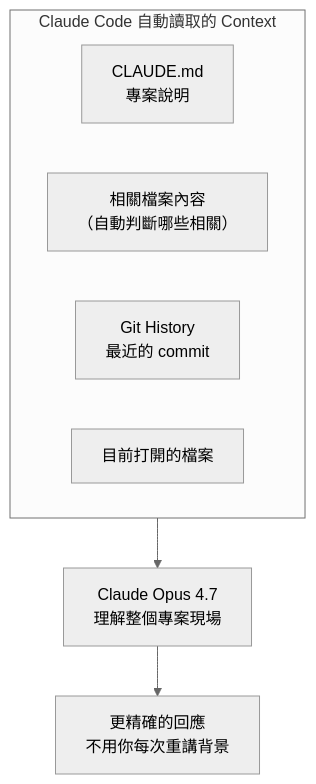
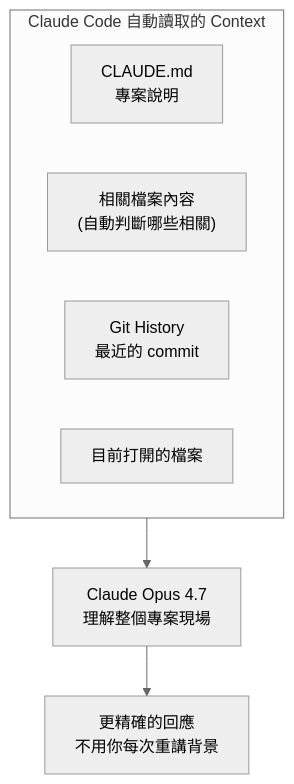
One commit to deadline314/Lesson3-AI-Tools changed the seventh of 47 diagrams in Guide.md. Above: the diagram before and after it, drawn with Mermaid (neutral theme). The commit also changed other lines of this file and 25 other files, not shown here.

````diff
--- a/Guide.md
+++ b/Guide.md
@@ -232,12 +397,12 @@
 ```mermaid
 flowchart TD
     subgraph Context["Claude Code 自動讀取的 Context"]
         CM["CLAUDE.md<br/>專案說明"]
-        Files["相關檔案內容<br/>（自動判斷哪些相關）"]
+        Files["相關檔案內容<br/>(自動判斷哪些相關)"]
         Git["Git History<br/>最近的 commit"]
         Open["目前打開的檔案"]
     end
     
     Context --> LLM["Claude Opus 4.7<br/>理解整個專案現場"]
     LLM --> Better["更精確的回應<br/>不用你每次重講背景"]
 ```
````
